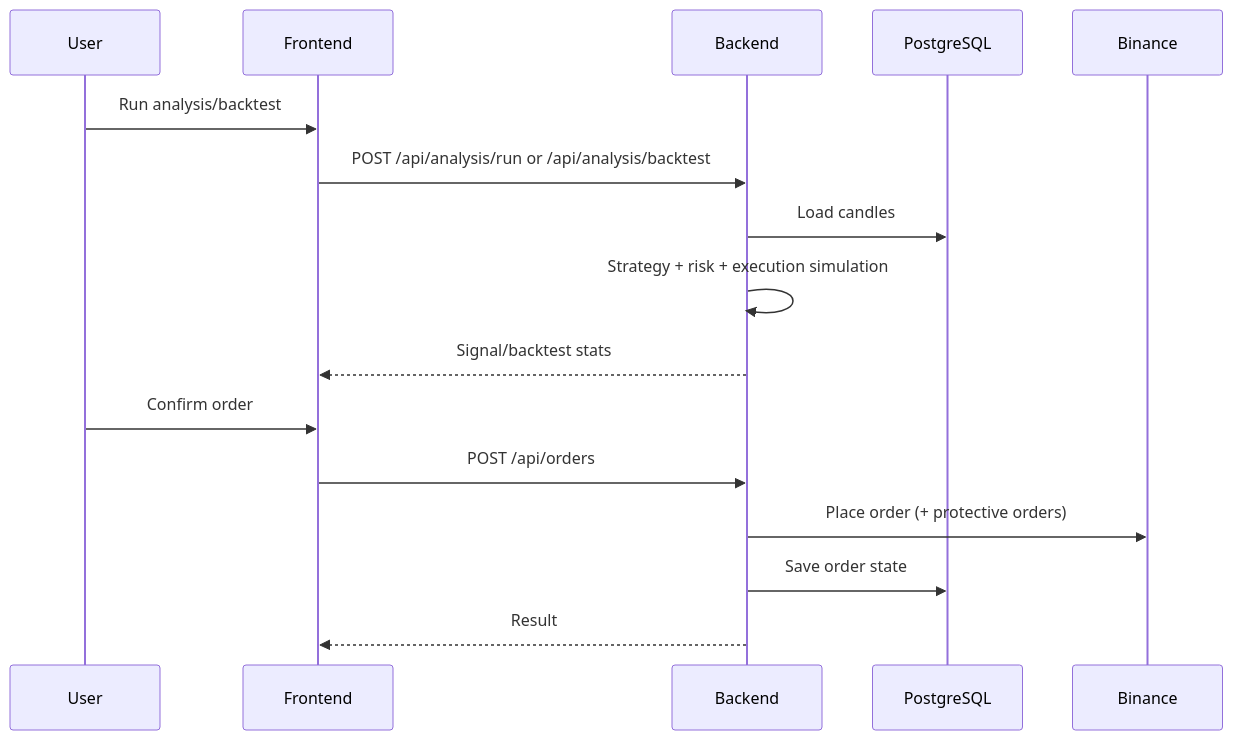
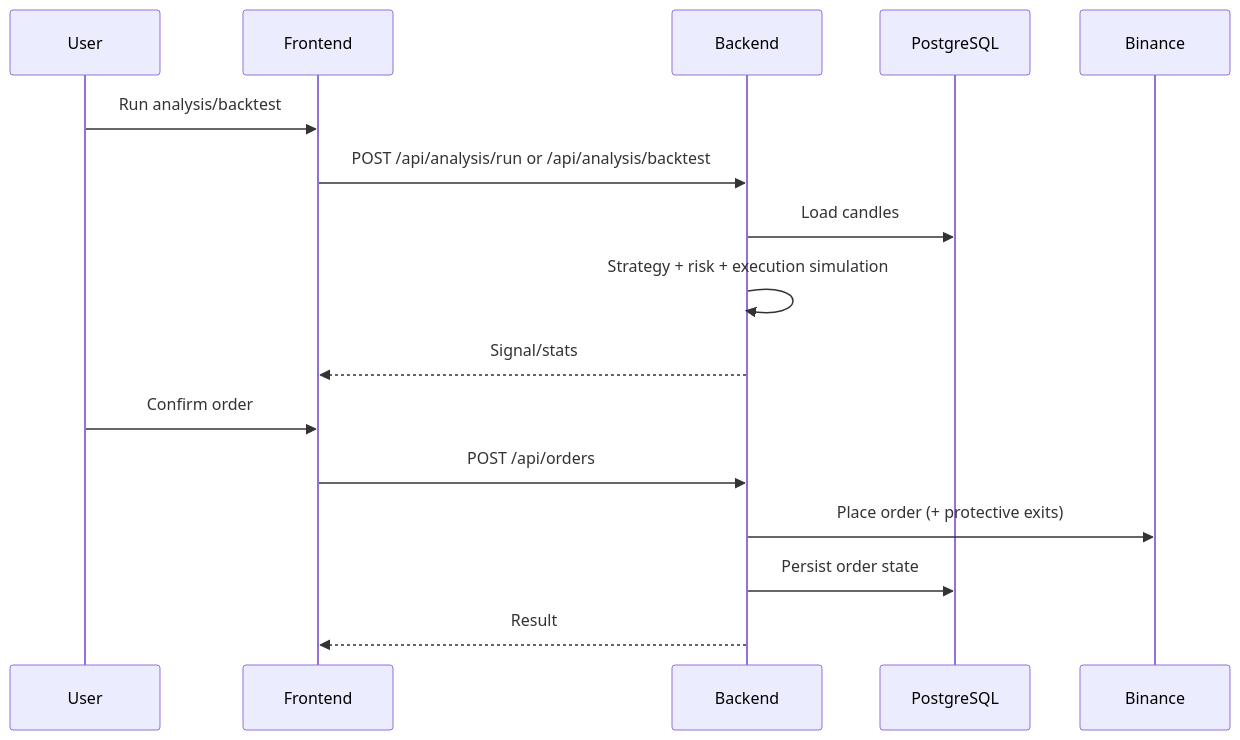
The fourth of 4 diagrams in README.md (evgenyalesich/threading-bot), drawn with Mermaid before and after one commit. The commit also changed other lines of this file, not shown here.

````diff
--- a/README.md
+++ b/README.md
@@ -61,19 +88,18 @@
 ```mermaid
 sequenceDiagram
     participant U as User
     participant FE as Frontend
     participant BE as Backend
     participant DB as PostgreSQL
     participant BX as Binance
-
     U->>FE: Run analysis/backtest
     FE->>BE: POST /api/analysis/run or /api/analysis/backtest
     BE->>DB: Load candles
     BE->>BE: Strategy + risk + execution simulation
-    BE-->>FE: Signal/backtest stats
+    BE-->>FE: Signal/stats
     U->>FE: Confirm order
     FE->>BE: POST /api/orders
-    BE->>BX: Place order (+ protective orders)
-    BE->>DB: Save order state
+    BE->>BX: Place order (+ protective exits)
+    BE->>DB: Persist order state
     BE-->>FE: Result
 ```
````
